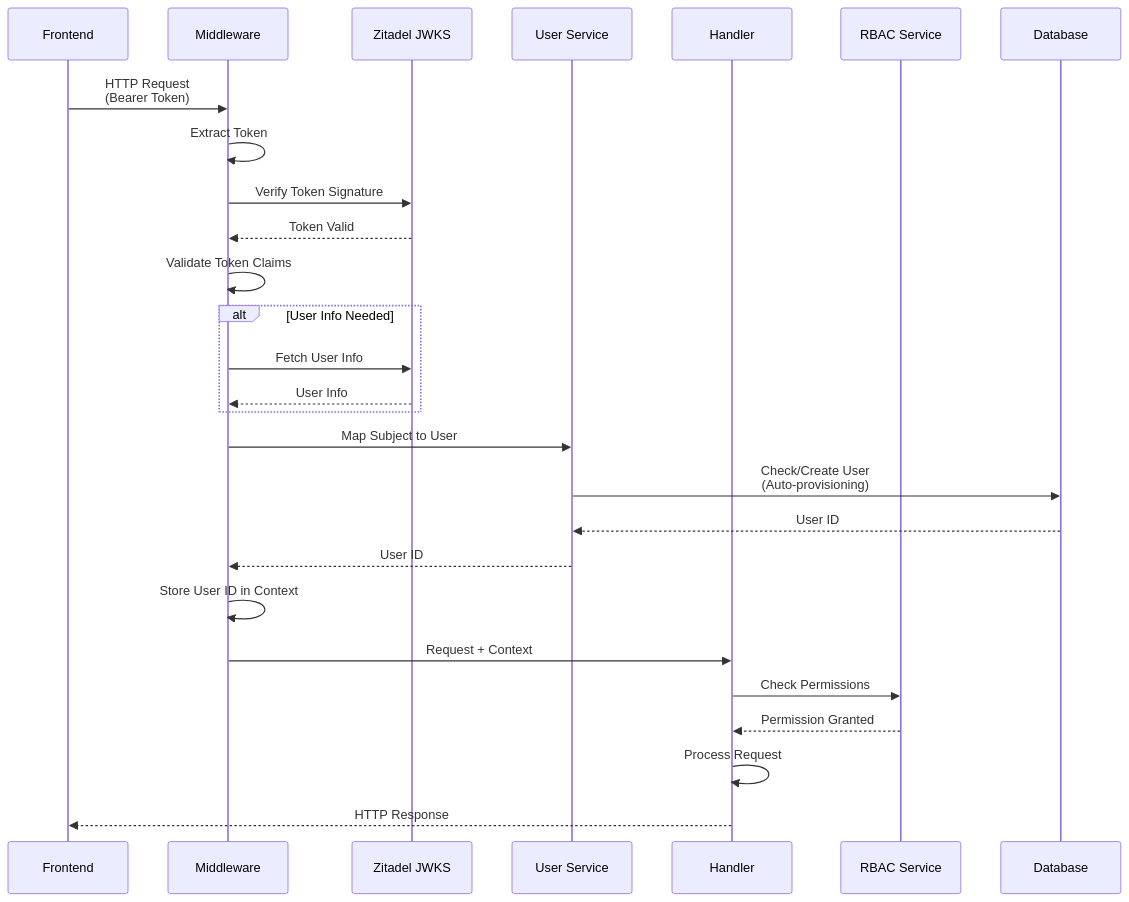
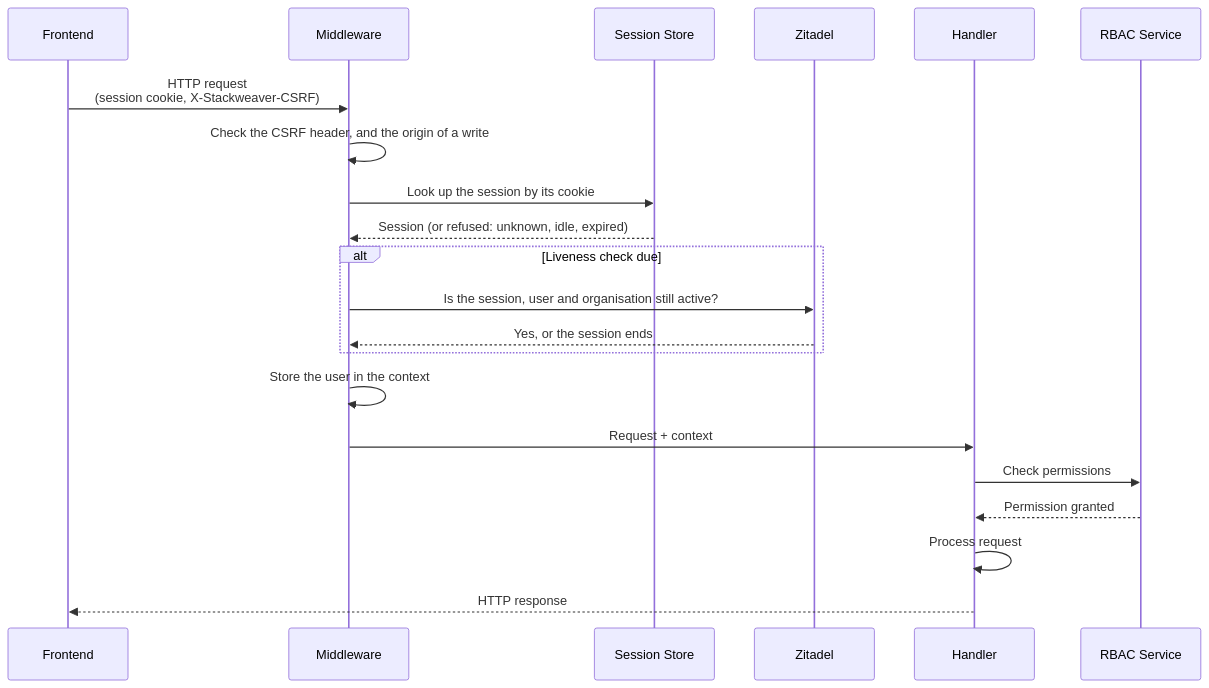
One commit to vhco-pro/stackweaver-frontend changed the third of 7 diagrams in docs/architecture/README.md. Above: the diagram before and after it, drawn with Mermaid. The commit also changed other lines of this file and 32 other files, not shown here.

Commit message:
feat(auth): browser sessions through a backend-for-frontend (#970) (#267)

````diff
--- a/docs/architecture/README.md
+++ b/docs/architecture/README.md
@@ -273,30 +276,24 @@
 ```mermaid
 sequenceDiagram
     participant Frontend
     participant Middleware
-    participant Zitadel as Zitadel JWKS
-    participant UserService as User Service
+    participant Sessions as Session Store
+    participant Zitadel
     participant Handler
     participant RBAC as RBAC Service
-    participant Database
 
-    Frontend->>Middleware: HTTP Request<br/>(Bearer Token)
-    Middleware->>Middleware: Extract Token
-    Middleware->>Zitadel: Verify Token Signature
-    Zitadel-->>Middleware: Token Valid
-    Middleware->>Middleware: Validate Token Claims
-    alt User Info Needed
-        Middleware->>Zitadel: Fetch User Info
-        Zitadel-->>Middleware: User Info
+    Frontend->>Middleware: HTTP request<br/>(session cookie, X-Stackweaver-CSRF)
+    Middleware->>Middleware: Check the CSRF header, and the origin of a write
+    Middleware->>Sessions: Look up the session by its cookie
+    Sessions-->>Middleware: Session (or refused: unknown, idle, expired)
+    alt Liveness check due
+        Middleware->>Zitadel: Is the session, user and organisation still active?
+        Zitadel-->>Middleware: Yes, or the session ends
     end
-    Middleware->>UserService: Map Subject to User
-    UserService->>Database: Check/Create User<br/>(Auto-provisioning)
-    Database-->>UserService: User ID
-    UserService-->>Middleware: User ID
-    Middleware->>Middleware: Store User ID in Context
-    Middleware->>Handler: Request + Context
-    Handler->>RBAC: Check Permissions
-    RBAC-->>Handler: Permission Granted
-    Handler->>Handler: Process Request
-    Handler-->>Frontend: HTTP Response
+    Middleware->>Middleware: Store the user in the context
+    Middleware->>Handler: Request + context
+    Handler->>RBAC: Check permissions
+    RBAC-->>Handler: Permission granted
+    Handler->>Handler: Process request
+    Handler-->>Frontend: HTTP response
 ```
````
